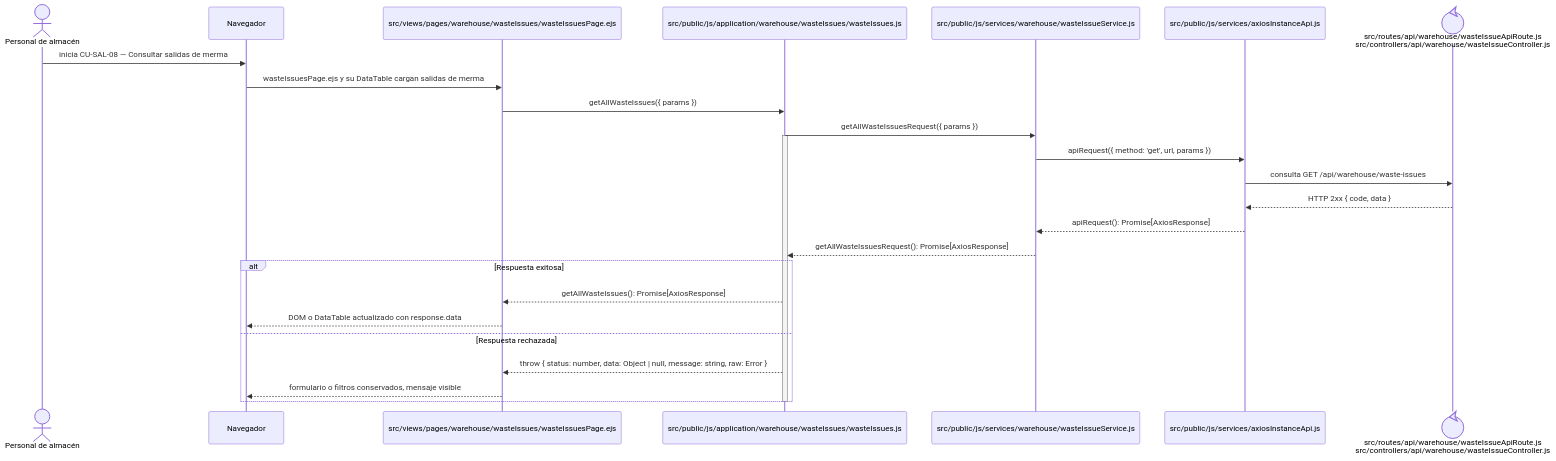
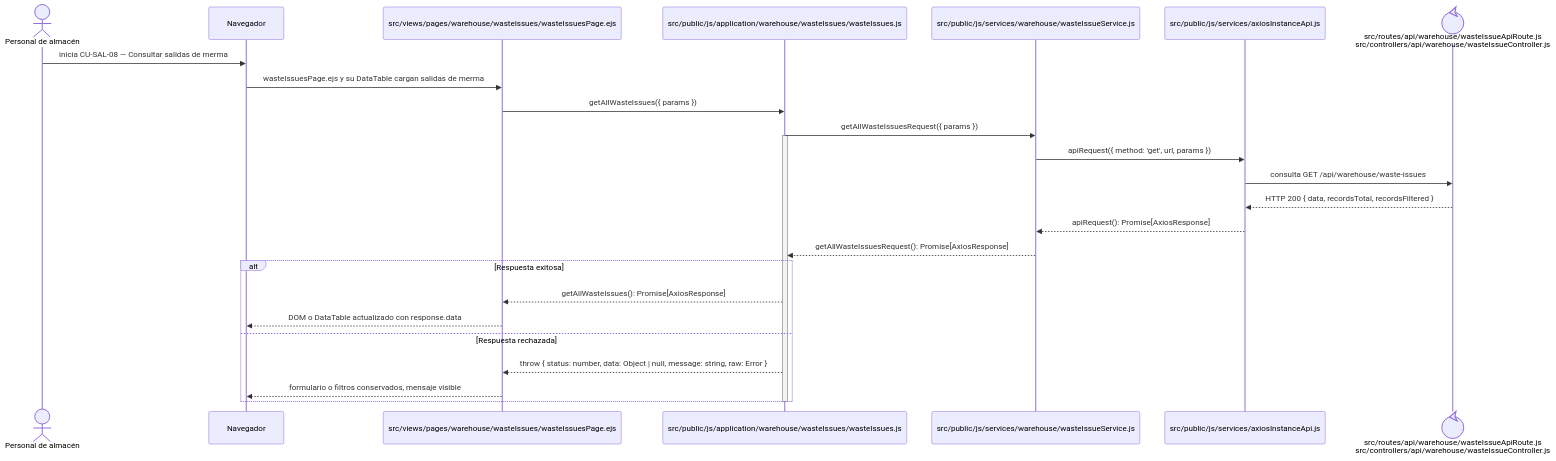
Before and after one commit to gpgsistemas01/nexus: the diagram in docs/architecture/views/processes/frontend-code-sequences/issues/cu-sal-08.md, drawn with Mermaid. The commit also changed 187 other files, not shown here.

````diff
--- a/docs/architecture/views/processes/frontend-code-sequences/issues/cu-sal-08.md
+++ b/docs/architecture/views/processes/frontend-code-sequences/issues/cu-sal-08.md
@@ -6,29 +6,29 @@
 ```mermaid
 sequenceDiagram
     actor Initiator as Personal de almacén
     participant Browser as Navegador
     participant View as src/views/pages/warehouse/wasteIssues/wasteIssuesPage.ejs
     participant Application as src/public/js/application/warehouse/wasteIssues/wasteIssues.js
     participant Request as src/public/js/services/warehouse/wasteIssueService.js
     participant HTTP as src/public/js/services/axiosInstanceApi.js
     participant Transport@{ "type": "control" } as src/routes/api/warehouse/wasteIssueApiRoute.js<br/>src/controllers/api/warehouse/wasteIssueController.js
 
     Initiator->>Browser: inicia CU-SAL-08 — Consultar salidas de merma
     Browser->>View: wasteIssuesPage.ejs y su DataTable cargan salidas de merma
     View->>Application: getAllWasteIssues({ params })
     Application->>Request: getAllWasteIssuesRequest({ params })
     activate Application
     Request->>HTTP: apiRequest({ method: 'get', url, params })
     HTTP->>Transport: consulta GET /api/warehouse/waste-issues
-    Transport-->>HTTP: HTTP 2xx { code, data }
+    Transport-->>HTTP: HTTP 200 { data, recordsTotal, recordsFiltered }
     HTTP-->>Request: apiRequest(): Promise[AxiosResponse]
     Request-->>Application: getAllWasteIssuesRequest(): Promise[AxiosResponse]
     alt Respuesta exitosa
         Application-->>View: getAllWasteIssues(): Promise[AxiosResponse]
         View-->>Browser: DOM o DataTable actualizado con response.data
     else Respuesta rechazada
         Application-->>View: throw { status: number, data: Object | null, message: string, raw: Error }
         View-->>Browser: formulario o filtros conservados, mensaje visible
     end
     deactivate Application
 ```
````
